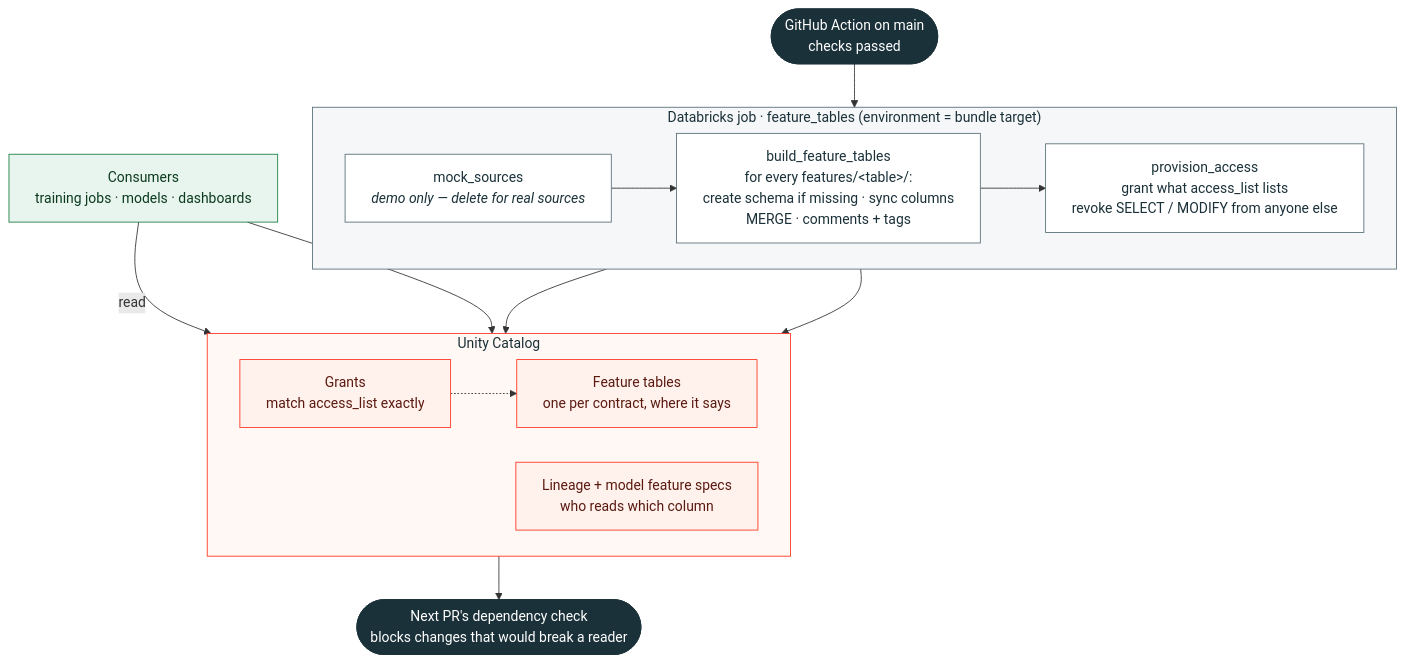
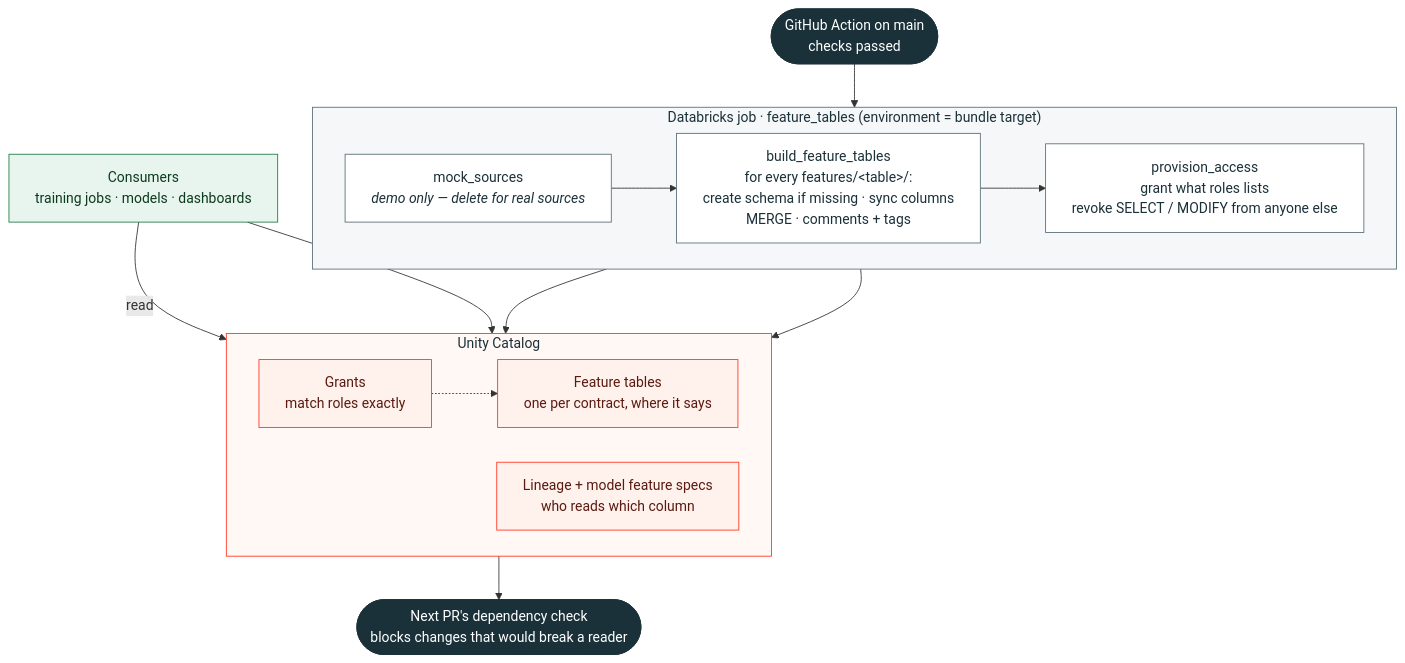
The diagram in feature_contracts_repo/diagrams/runtime_flow.mmd (anirvandecodes/databricks_mlops_platform), drawn with Mermaid before and after one commit. The commit also changed 21 other files, not shown here.

```diff
--- a/feature_contracts_repo/diagrams/runtime_flow.mmd
+++ b/feature_contracts_repo/diagrams/runtime_flow.mmd
@@ -1,41 +1,41 @@
 %%{init: {"flowchart": {"wrappingWidth": 420, "nodeSpacing": 40, "rankSpacing": 50}}}%%
 %% After merge: the feature_tables job, Unity Catalog, and how consumers feed back into the gate.
 flowchart TB
   GHA(["GitHub Action on main<br/>checks passed"])
 
   subgraph JOB["Databricks job · feature_tables  (environment = bundle target)"]
     direction LR
     J1["mock_sources<br/><i>demo only — delete for real sources</i>"]
     J2["build_feature_tables<br/>for every features/&lt;table&gt;/:<br/>create schema if missing · sync columns<br/>MERGE · comments + tags"]
-    J3["provision_access<br/>grant what access_list lists<br/>revoke SELECT / MODIFY from anyone else"]
+    J3["provision_access<br/>grant what roles lists<br/>revoke SELECT / MODIFY from anyone else"]
     J1 --> J2 --> J3
   end
 
   subgraph UC["Unity Catalog"]
     direction LR
     TBL["Feature tables<br/>one per contract, where it says"]
-    GR["Grants<br/>match access_list exactly"]
+    GR["Grants<br/>match roles exactly"]
     LIN["Lineage + model feature specs<br/>who reads which column"]
   end
 
   CONS["Consumers<br/>training jobs · models · dashboards"]
   NEXT(["Next PR's dependency check<br/>blocks changes that would break a reader"])
 
   GHA --> JOB
   J2 --> TBL
   J3 --> GR
   GR -.-> TBL
   CONS -->|read| TBL
   CONS --> LIN
   LIN --> NEXT
 
   classDef start fill:#1B3139,stroke:#1B3139,color:#ffffff;
   classDef step fill:#FFFFFF,stroke:#5A6F77,color:#1B3139;
   classDef uc fill:#FFF1EC,stroke:#FF3621,color:#5A1A10;
   classDef cons fill:#E8F5EE,stroke:#1E7E45,color:#0C3A1F;
   class GHA,NEXT start;
   class J1,J2,J3 step;
   class TBL,GR,LIN uc;
   class CONS cons;
   style JOB fill:#F5F7F8,stroke:#5A6F77,color:#1B3139
   style UC fill:#FFF8F5,stroke:#FF3621,color:#1B3139
```
